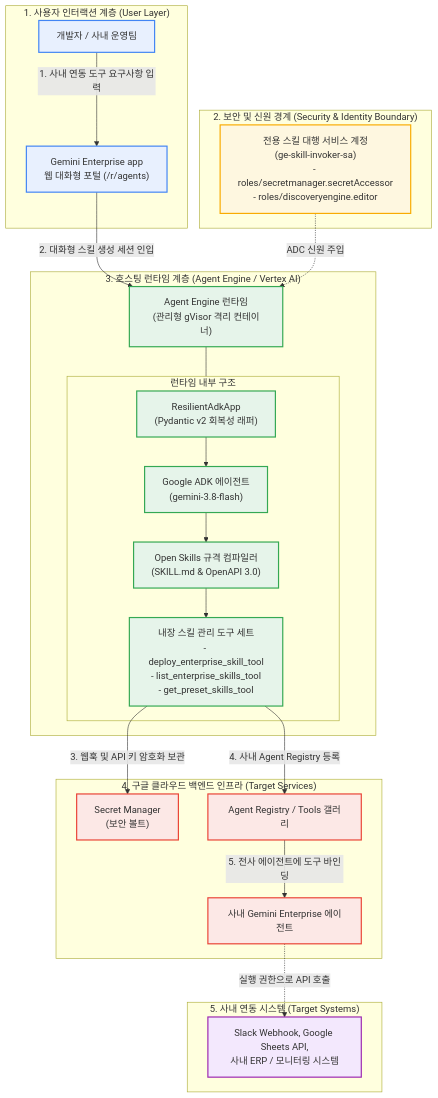
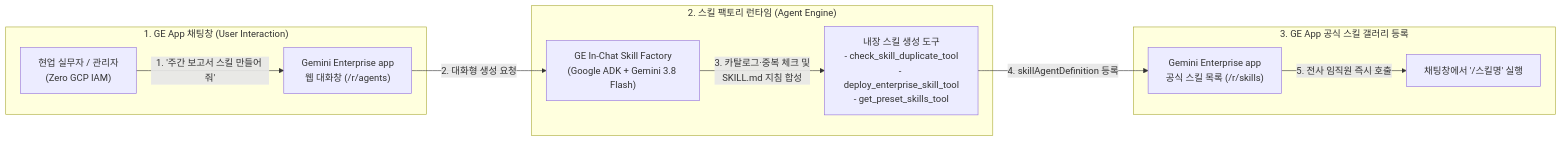
The diagram in samples/gemini-enterprise-factory-skill/README.md (jiangjun-forge/google-cloud-0-to-1), drawn with Mermaid before and after one commit. The commit also changed other lines of this file and 39 other files, not shown here.

````diff
--- a/samples/gemini-enterprise-factory-skill/README.md
+++ b/samples/gemini-enterprise-factory-skill/README.md
@@ -110,48 +87,16 @@
 ```mermaid
-flowchart TB
-    subgraph Client["1. 사용자 인터랙션 계층 (User Layer)"]
-        Developer["개발자 / 사내 운영팀"] -->|"1. 사내 연동 도구 요구사항 입력"| GEApp["Gemini Enterprise app<br/>웹 대화형 포털 (/r/agents)"]
+flowchart LR
+    subgraph UserLayer["1. GE App 채팅창 (User Interaction)"]
+        User["현업 실무자 / 관리자<br/>(Zero GCP IAM)"] -->|"1. '주간 보고서 스킬 만들어 줘'"| GEChat["Gemini Enterprise app<br/>웹 대화창 (/r/agents)"]
     end
 
-    subgraph Security["2. 보안 및 신원 경계 (Security & Identity Boundary)"]
-        SA["전용 스킬 대행 서비스 계정<br/>(ge-skill-invoker-sa)<br/>- roles/secretmanager.secretAccessor<br/>- roles/discoveryengine.editor"]
+    subgraph RuntimeLayer["2. 스킬 팩토리 런타임 (Agent Engine)"]
+        GEChat -->|"2. 대화형 생성 요청"| Engine["GE In-Chat Skill Factory<br/>(Google ADK + Gemini 3.8 Flash)"]
+        Engine -->|"3. 카탈로그·중복 체크 및<br/>SKILL.md 지침 합성"| Tools["내장 스킬 생성 도구<br/>- check_skill_duplicate_tool<br/>- deploy_enterprise_skill_tool<br/>- get_preset_skills_tool"]
     end
 
-    subgraph Runtime["3. 호스팅 런타임 계층 (Agent Engine / Vertex AI)"]
-        GEApp -->|"2. 대화형 스킬 생성 세션 인입"| Engine["Agent Engine 런타임<br/>(관리형 gVisor 격리 컨테이너)"]
-        
-        subgraph InsideEngine["런타임 내부 구조"]
-            Wrapper["ResilientAdkApp<br/>(Pydantic v2 회복성 래퍼)"]
-            ADK["Google ADK 에이전트<br/>(gemini-3.8-flash)"]
-            Compiler["Open Skills 규격 컴파일러<br/>(SKILL.md & OpenAPI 3.0)"]
-            Tools["내장 스킬 관리 도구 세트<br/>- deploy_enterprise_skill_tool<br/>- list_enterprise_skills_tool<br/>- get_preset_skills_tool"]
-            Wrapper --> ADK --> Compiler --> Tools
-        end
-        Engine --- InsideEngine
+    subgraph GEOutput["3. GE App 공식 스킬 갤러리 등록"]
+        Tools -->|"4. skillAgentDefinition 등록"| SkillsTab["Gemini Enterprise app<br/>공식 스킬 목록 (/r/skills)"]
+        SkillsTab -->|"5. 전사 임직원 즉시 호출"| Usage["채팅창에서 '/스킬명' 실행"]
     end
-
-    subgraph Backend["4. 구글 클라우드 백엔드 인프라 (Target Services)"]
-        Tools -->|"3. 웹훅 및 API 키 암호화 보관"| Vault["Secret Manager<br/>(보안 볼트)"]
-        Tools -->|"4. 사내 Agent Registry 등록"| Registry["Agent Registry / Tools 갤러리"]
-        Registry -->|"5. 전사 에이전트에 도구 바인딩"| TargetAgents["사내 Gemini Enterprise 에이전트"]
-    end
-
-    subgraph Systems["5. 사내 연동 시스템 (Target Systems)"]
-        ExternalSystems["Slack Webhook, Google Sheets API,<br/>사내 ERP / 모니터링 시스템"]
-        TargetAgents -.->|"실행 권한으로 API 호출"| ExternalSystems
-    end
-
-    SA -.->|"ADC 신원 주입"| Engine
-
-    classDef portal fill:#e8f0fe,stroke:#4285f4,stroke-width:2px;
-    classDef security fill:#fef7e0,stroke:#f9ab00,stroke-width:2px;
-    classDef runtime fill:#e6f4ea,stroke:#34a853,stroke-width:2px;
-    classDef backend fill:#fce8e6,stroke:#ea4335,stroke-width:2px;
-    classDef system fill:#f3e8fd,stroke:#9c27b0,stroke-width:2px;
-
-    class Developer,GEApp portal;
-    class SA security;
-    class Engine,Wrapper,ADK,Compiler,Tools runtime;
-    class Vault,Registry,TargetAgents backend;
-    class ExternalSystems system;
 ```
````
